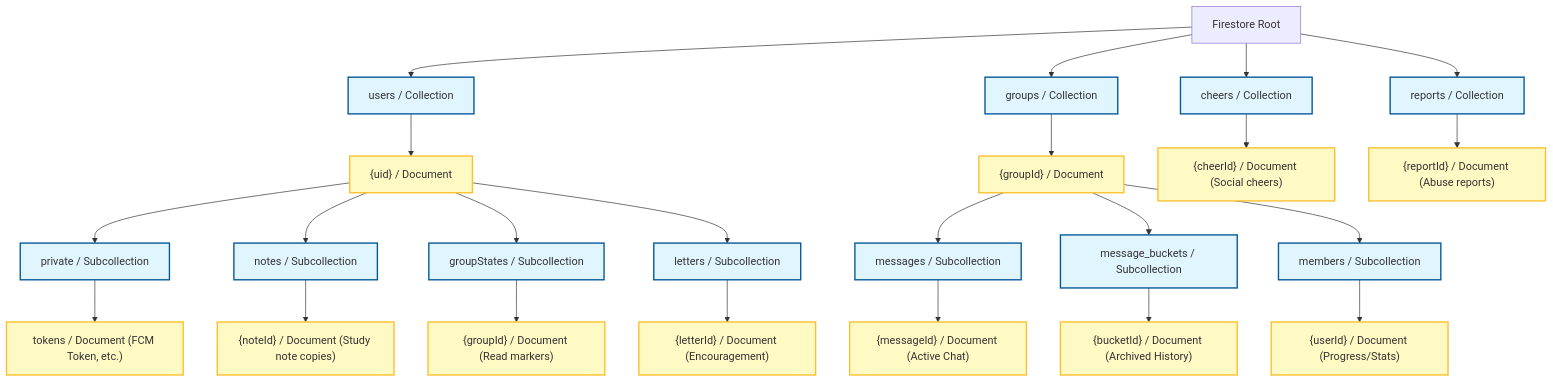
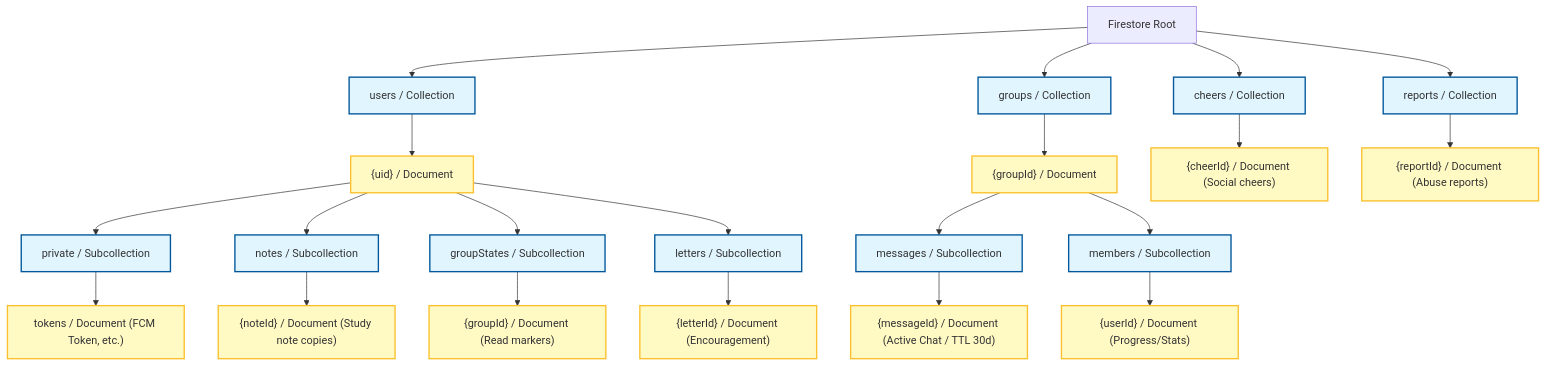
Before and after one commit to ScriptureHabit/scripture-habit: the second of 2 diagrams in docs/database-security.md, drawn with Mermaid. The commit also changed other lines of this file and 14 other files, not shown here.

````diff
--- a/docs/database-security.md
+++ b/docs/database-security.md
@@ -80,37 +80,35 @@
 ```mermaid
 graph TD
     Root[Firestore Root]
     
     %% Users Root Collection
     Root --> Users[users / Collection]
     Users --> UserDoc["{uid} / Document"]
     UserDoc --> UserPrivate[private / Subcollection]
     UserPrivate --> TokenDoc["tokens / Document (FCM Token, etc.)"]
     UserDoc --> UserNotes[notes / Subcollection]
     UserNotes --> NoteDoc["{noteId} / Document (Study note copies)"]
     UserDoc --> GroupStates[groupStates / Subcollection]
     GroupStates --> GStateDoc["{groupId} / Document (Read markers)"]
     UserDoc --> Letters[letters / Subcollection]
     Letters --> LetterDoc["{letterId} / Document (Encouragement)"]
     
     %% Groups Root Collection
     Root --> Groups[groups / Collection]
     Groups --> GroupDoc["{groupId} / Document"]
     GroupDoc --> Messages[messages / Subcollection]
-    Messages --> MsgDoc["{messageId} / Document (Active Chat)"]
-    GroupDoc --> MessageBuckets[message_buckets / Subcollection]
-    MessageBuckets --> BucketDoc["{bucketId} / Document (Archived History)"]
+    Messages --> MsgDoc["{messageId} / Document (Active Chat / TTL 30d)"]
     GroupDoc --> Members[members / Subcollection]
     Members --> MemberDoc["{userId} / Document (Progress/Stats)"]
     
     %% Cheers and Reports Root Collections
     Root --> Cheers[cheers / Collection]
     Cheers --> CheerDoc["{cheerId} / Document (Social cheers)"]
     Root --> Reports[reports / Collection]
     Reports --> ReportDoc["{reportId} / Document (Abuse reports)"]
     
     classDef col fill:#e1f5fe,stroke:#01579b,stroke-width:2px;
     classDef doc fill:#fff9c4,stroke:#fbc02d,stroke-width:2px;
-    class Users,Groups,Cheers,Reports,UserPrivate,UserNotes,GroupStates,Letters,Messages,MessageBuckets,Members col;
-    class UserDoc,TokenDoc,NoteDoc,GStateDoc,LetterDoc,GroupDoc,MsgDoc,BucketDoc,MemberDoc,CheerDoc,ReportDoc doc;
+    class Users,Groups,Cheers,Reports,UserPrivate,UserNotes,GroupStates,Letters,Messages,Members col;
+    class UserDoc,TokenDoc,NoteDoc,GStateDoc,LetterDoc,GroupDoc,MsgDoc,MemberDoc,CheerDoc,ReportDoc doc;
 ```
````
